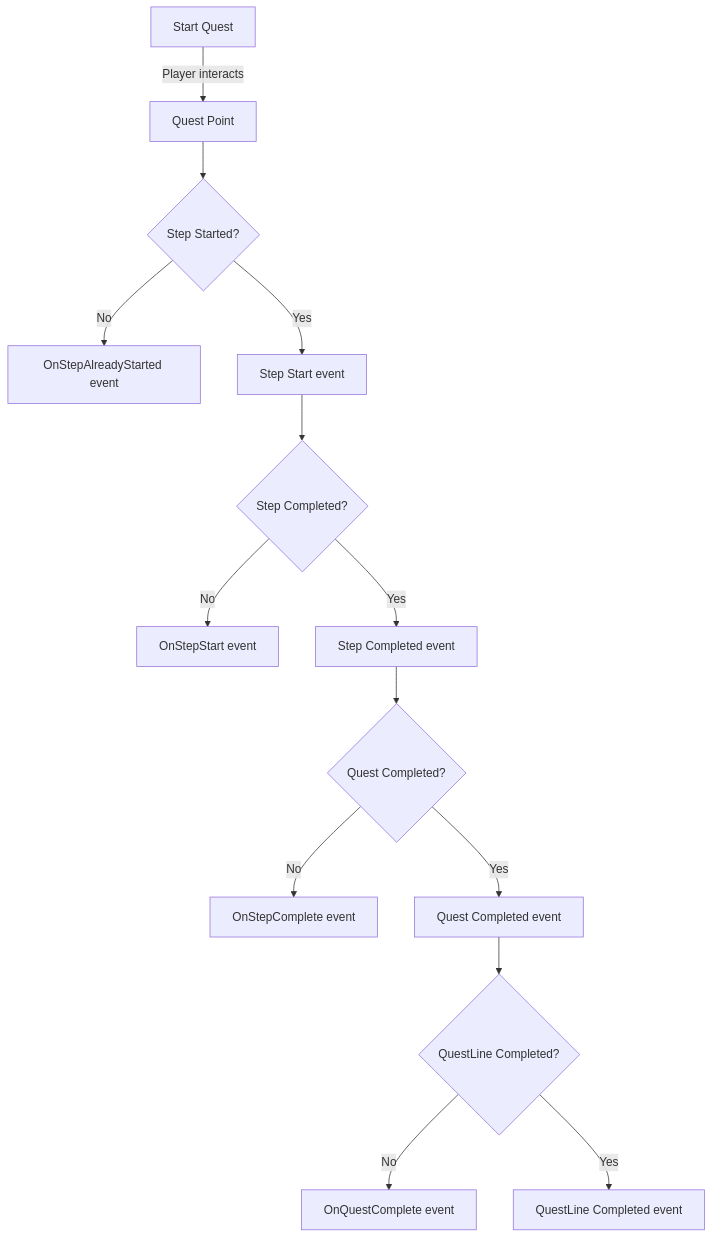
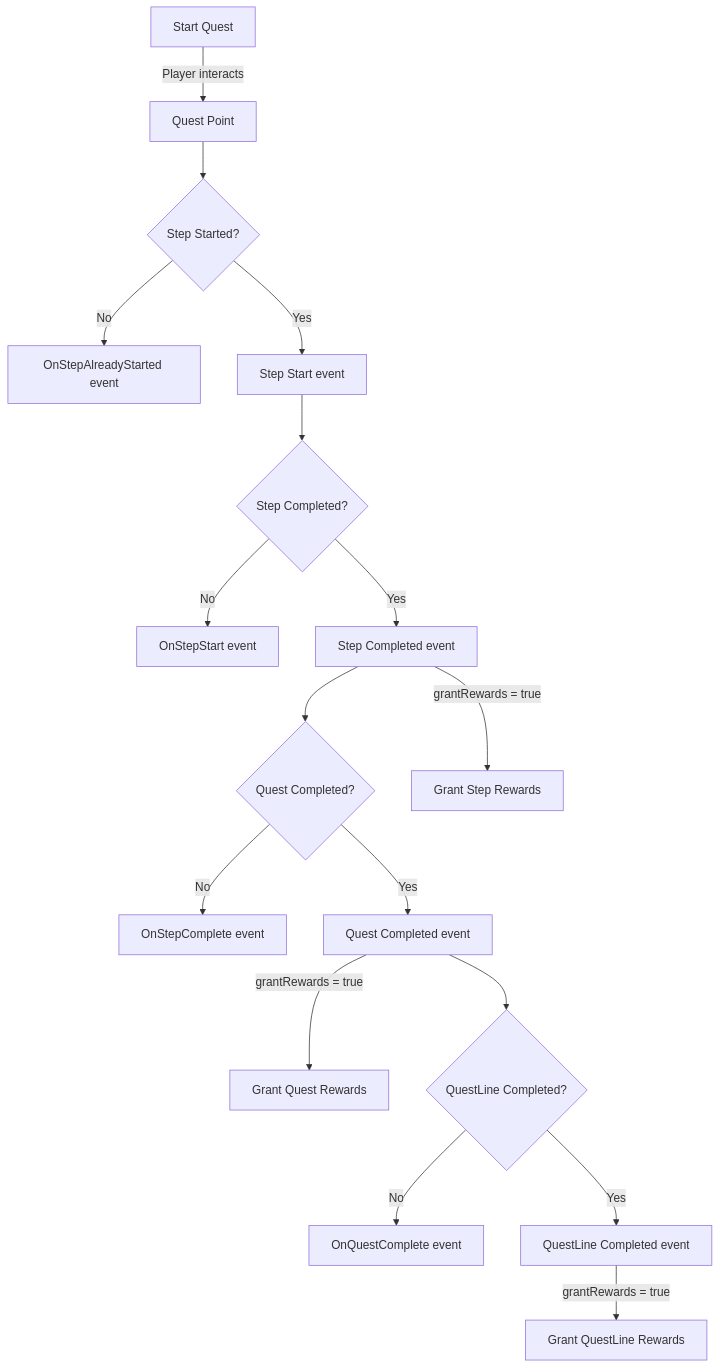
One commit to FelixBole/quest-system changed the diagram in README.md. Above: the diagram before and after it, drawn with Mermaid. The commit also changed other lines of this file and 14 other files, not shown here.

````diff
--- a/README.md
+++ b/README.md
@@ -156,16 +205,20 @@
 ```mermaid
 graph TD
     A[Start Quest] -->|Player interacts| B[Quest Point]
     B --> C{Step Started?}
     C -->|No| D[OnStepAlreadyStarted event]
     C -->|Yes| E[Step Start event]
     E --> F{Step Completed?}
     F -->|No| G[OnStepStart event]
     F -->|Yes| H[Step Completed event]
     H --> I{Quest Completed?}
+    H -->|grantRewards = true| O[Grant Step Rewards]
     I -->|No| J[OnStepComplete event]
     I -->|Yes| K[Quest Completed event]
+    K -->|grantRewards = true| P[Grant Quest Rewards]
     K --> L{QuestLine Completed?}
     L -->|No| M[OnQuestComplete event]
     L -->|Yes| N[QuestLine Completed event]
+    N -->|grantRewards = true| Q[Grant QuestLine Rewards]
+
 ```
````
